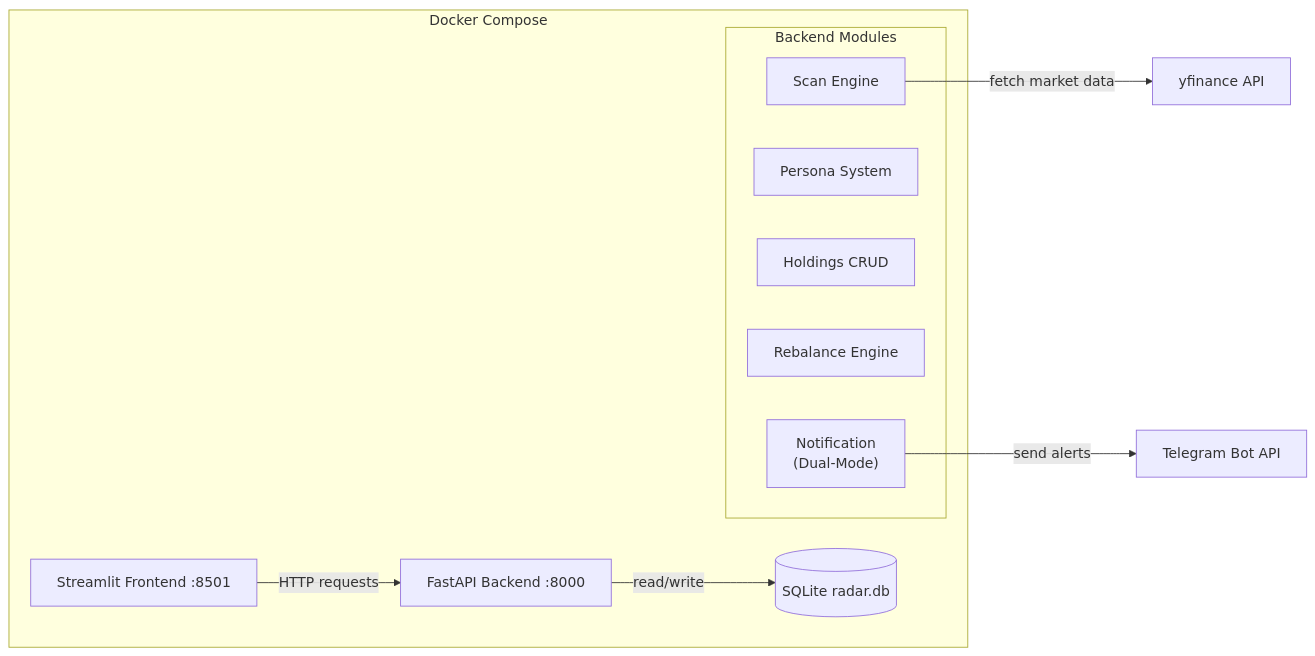
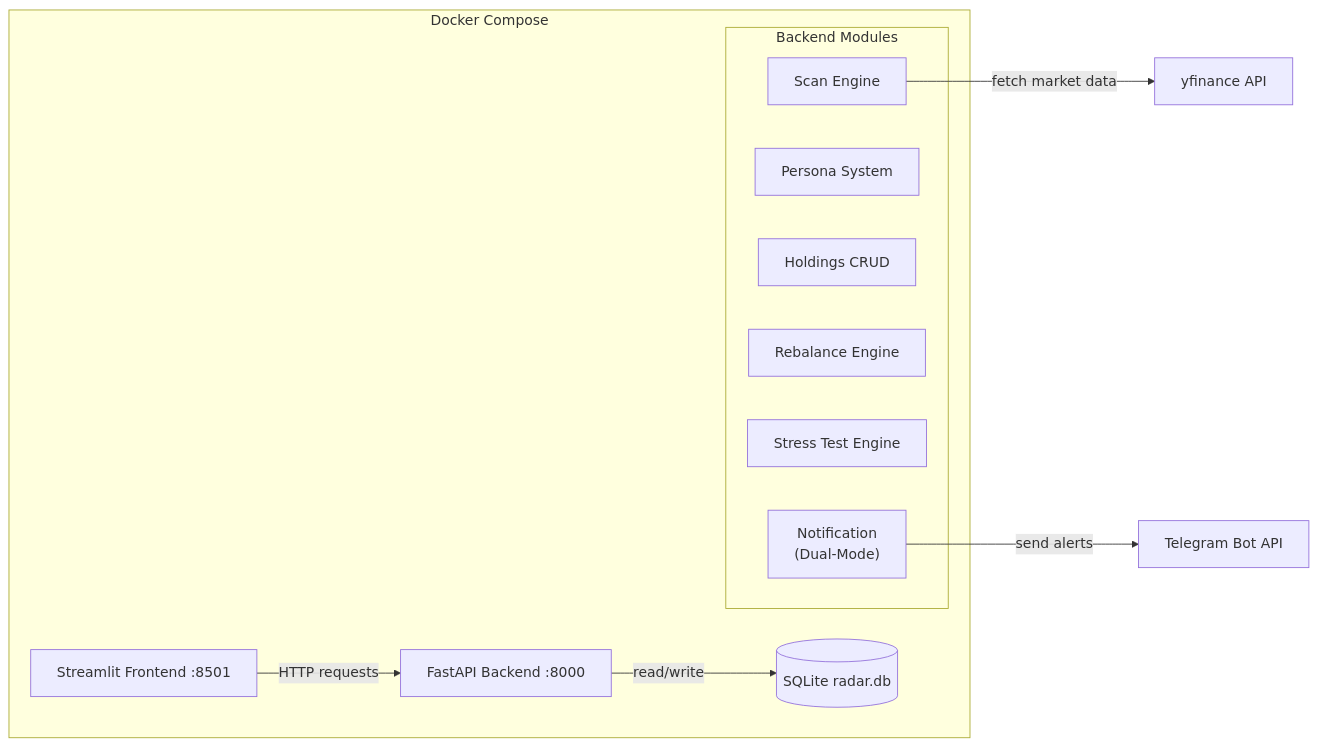
Before and after one commit to azusa152/Folio: the second of 3 diagrams in README.md, drawn with Mermaid. The commit also changed other lines of this file and 8 other files, not shown here.

Commit message:
feat: Integrate stress test feature into portfolio analysis, including UI components for user interaction and backend API support for market downturn simulations

````diff
--- a/README.md
+++ b/README.md
@@ -102,21 +103,22 @@
 ```mermaid
 graph LR
   subgraph docker [Docker Compose]
     FE["Streamlit Frontend :8501"]
     BE["FastAPI Backend :8000"]
     DB[("SQLite radar.db")]
     subgraph backend [Backend Modules]
       SCAN["Scan Engine"]
       PERSONA["Persona System"]
       HOLDINGS["Holdings CRUD"]
       REBALANCE["Rebalance Engine"]
+      STRESS["Stress Test Engine"]
       NOTIFY["Notification\n(Dual-Mode)"]
     end
   end
   YF["yfinance API"]
   TG["Telegram Bot API"]
   FE -->|"HTTP requests"| BE
   BE -->|"read/write"| DB
   SCAN -->|"fetch market data"| YF
   NOTIFY -->|"send alerts"| TG
 ```
````
